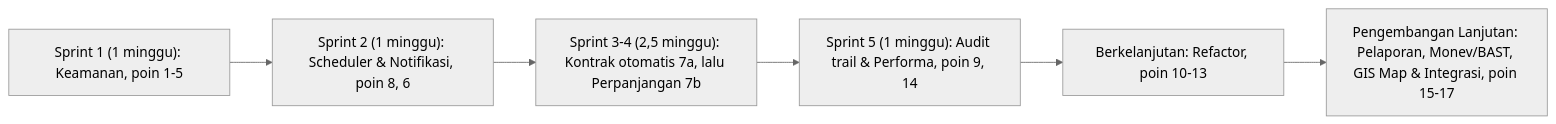
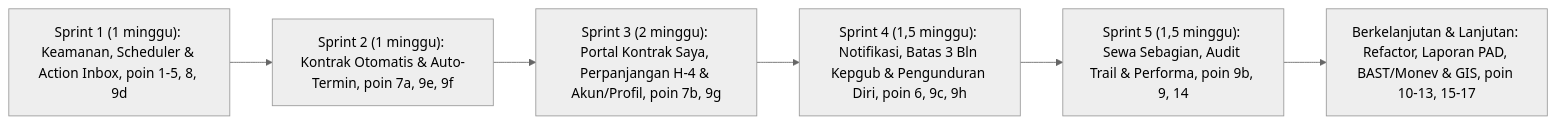
The diagram in docs/rencana_perbaikan_aplikasi.md (Denda17/pemanfaatan), drawn with Mermaid (neutral theme) before and after one commit. The commit also changed other lines of this file and 26 other files, not shown here.

````diff
--- a/docs/rencana_perbaikan_aplikasi.md
+++ b/docs/rencana_perbaikan_aplikasi.md
@@ -324,8 +375,8 @@
 ```mermaid
 flowchart LR
-    S1["Sprint 1 (1 minggu): Keamanan, poin 1-5"] --> S2["Sprint 2 (1 minggu): Scheduler & Notifikasi, poin 8, 6"]
-    S2 --> S3["Sprint 3-4 (2,5 minggu): Kontrak otomatis 7a, lalu Perpanjangan 7b"]
-    S3 --> S4["Sprint 5 (1 minggu): Audit trail & Performa, poin 9, 14"]
-    S4 --> S5["Berkelanjutan: Refactor, poin 10-13"]
-    S5 --> S6["Pengembangan Lanjutan: Pelaporan, Monev/BAST, GIS Map & Integrasi, poin 15-17"]
+    S1["Sprint 1 (1 minggu): Keamanan, Scheduler & Action Inbox, poin 1-5, 8, 9d"] --> S2["Sprint 2 (1 minggu): Kontrak Otomatis & Auto-Termin, poin 7a, 9e, 9f"]
+    S2 --> S3["Sprint 3 (2 minggu): Portal Kontrak Saya, Perpanjangan H-4 & Akun/Profil, poin 7b, 9g"]
+    S3 --> S4["Sprint 4 (1,5 minggu): Notifikasi, Batas 3 Bln Kepgub & Pengunduran Diri, poin 6, 9c, 9h"]
+    S4 --> S5["Sprint 5 (1,5 minggu): Sewa Sebagian, Audit Trail & Performa, poin 9b, 9, 14"]
+    S5 --> S6["Berkelanjutan & Lanjutan: Refactor, Laporan PAD, BAST/Monev & GIS, poin 10-13, 15-17"]
 ```
````
